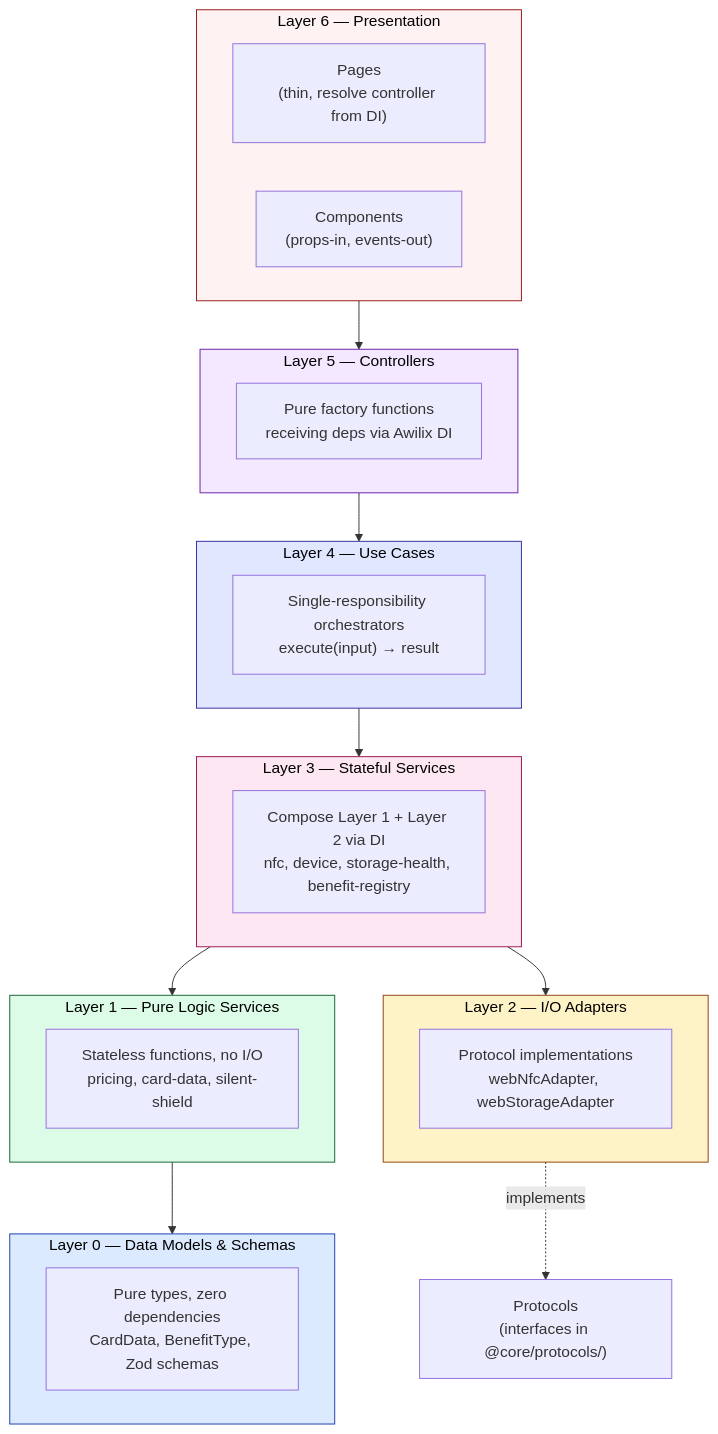
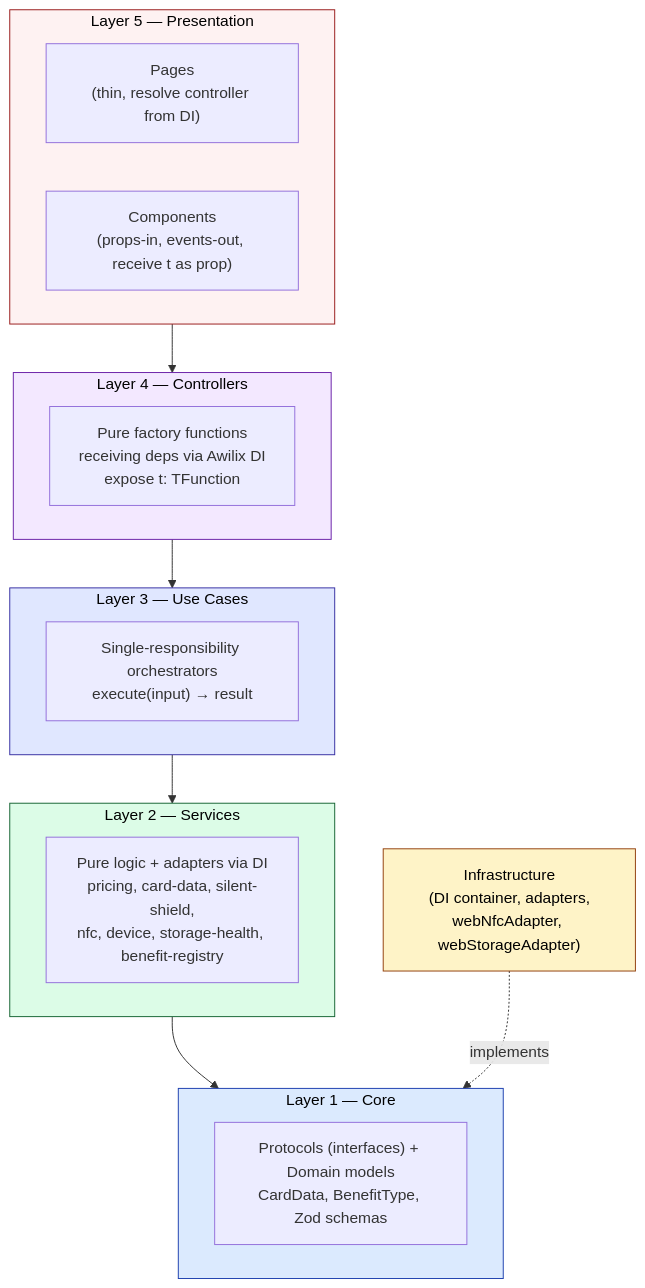
The first of 2 diagrams in docs/wiki/membership-benefit-card/01-Architecture/Clean-Architecture.md (widdestoyud/assesment-s1-2026), drawn with Mermaid before and after one commit. The commit also changed other lines of this file and 8 other files, not shown here.

First line of the commit message:
docs(mbc): Simplify architecture from 7 layers to 5 layers

````diff
--- a/docs/wiki/membership-benefit-card/01-Architecture/Clean-Architecture.md
+++ b/docs/wiki/membership-benefit-card/01-Architecture/Clean-Architecture.md
@@ -11,49 +11,38 @@
 ```mermaid
 graph TB
-    subgraph L6["Layer 6 — Presentation"]
+    subgraph L5["Layer 5 — Presentation"]
         Pages["Pages<br/>(thin, resolve controller from DI)"]
-        Components["Components<br/>(props-in, events-out)"]
+        Components["Components<br/>(props-in, events-out, receive t as prop)"]
     end
 
-    subgraph L5["Layer 5 — Controllers"]
-        Controllers["Pure factory functions<br/>receiving deps via Awilix DI"]
+    subgraph L4["Layer 4 — Controllers"]
+        Controllers["Pure factory functions<br/>receiving deps via Awilix DI<br/>expose t: TFunction"]
     end
 
-    subgraph L4["Layer 4 — Use Cases"]
+    subgraph L3["Layer 3 — Use Cases"]
         UC["Single-responsibility orchestrators<br/>execute(input) → result"]
     end
 
-    subgraph L3["Layer 3 — Stateful Services"]
-        SS["Compose Layer 1 + Layer 2 via DI<br/>nfc, device, storage-health, benefit-registry"]
+    subgraph L2["Layer 2 — Services"]
+        SS["Pure logic + adapters via DI<br/>pricing, card-data, silent-shield,<br/>nfc, device, storage-health, benefit-registry"]
     end
 
-    subgraph L2["Layer 2 — I/O Adapters"]
-        IO["Protocol implementations<br/>webNfcAdapter, webStorageAdapter"]
+    subgraph L1["Layer 1 — Core"]
+        DM["Protocols (interfaces) + Domain models<br/>CardData, BenefitType, Zod schemas"]
     end
 
-    subgraph L1["Layer 1 — Pure Logic Services"]
-        PL["Stateless functions, no I/O<br/>pricing, card-data, silent-shield"]
-    end
-
-    subgraph L0["Layer 0 — Data Models & Schemas"]
-        DM["Pure types, zero dependencies<br/>CardData, BenefitType, Zod schemas"]
-    end
-
-    L6 --> L5
     L5 --> L4
     L4 --> L3
-    L3 --> L1
     L3 --> L2
-    L2 -.->|implements| Protocols
-    L1 --> L0
+    L2 --> L1
 
-    Protocols["Protocols<br/>(interfaces in @core/protocols/)"]
+    Infra["Infrastructure<br/>(DI container, adapters,<br/>webNfcAdapter, webStorageAdapter)"]
+    Infra -.->|implements| L1
 
-    style L0 fill:#dbeafe,stroke:#1e40af,color:#000
-    style L1 fill:#dcfce7,stroke:#166534,color:#000
-    style L2 fill:#fef3c7,stroke:#92400e,color:#000
-    style L3 fill:#fce7f3,stroke:#9d174d,color:#000
-    style L4 fill:#e0e7ff,stroke:#3730a3,color:#000
-    style L5 fill:#f3e8ff,stroke:#6b21a8,color:#000
-    style L6 fill:#fef2f2,stroke:#991b1b,color:#000
+    style L1 fill:#dbeafe,stroke:#1e40af,color:#000
+    style L2 fill:#dcfce7,stroke:#166534,color:#000
+    style L3 fill:#e0e7ff,stroke:#3730a3,color:#000
+    style L4 fill:#f3e8ff,stroke:#6b21a8,color:#000
+    style L5 fill:#fef2f2,stroke:#991b1b,color:#000
+    style Infra fill:#fef3c7,stroke:#92400e,color:#000
 ```
````
